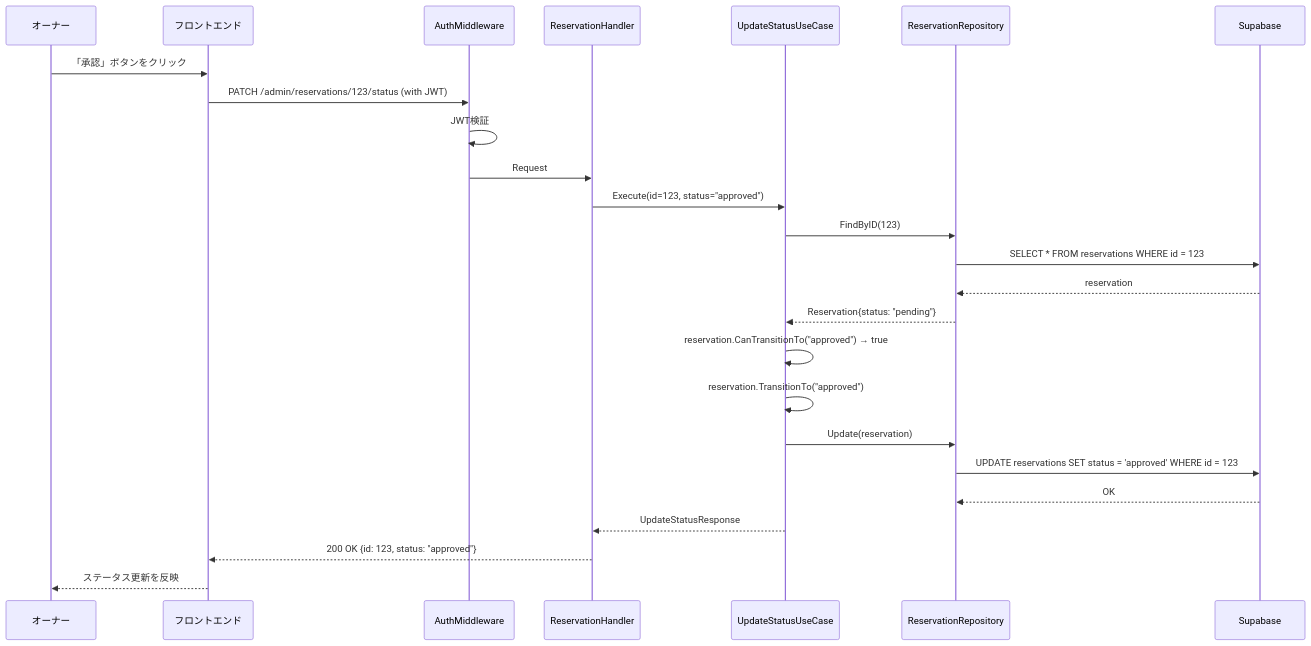
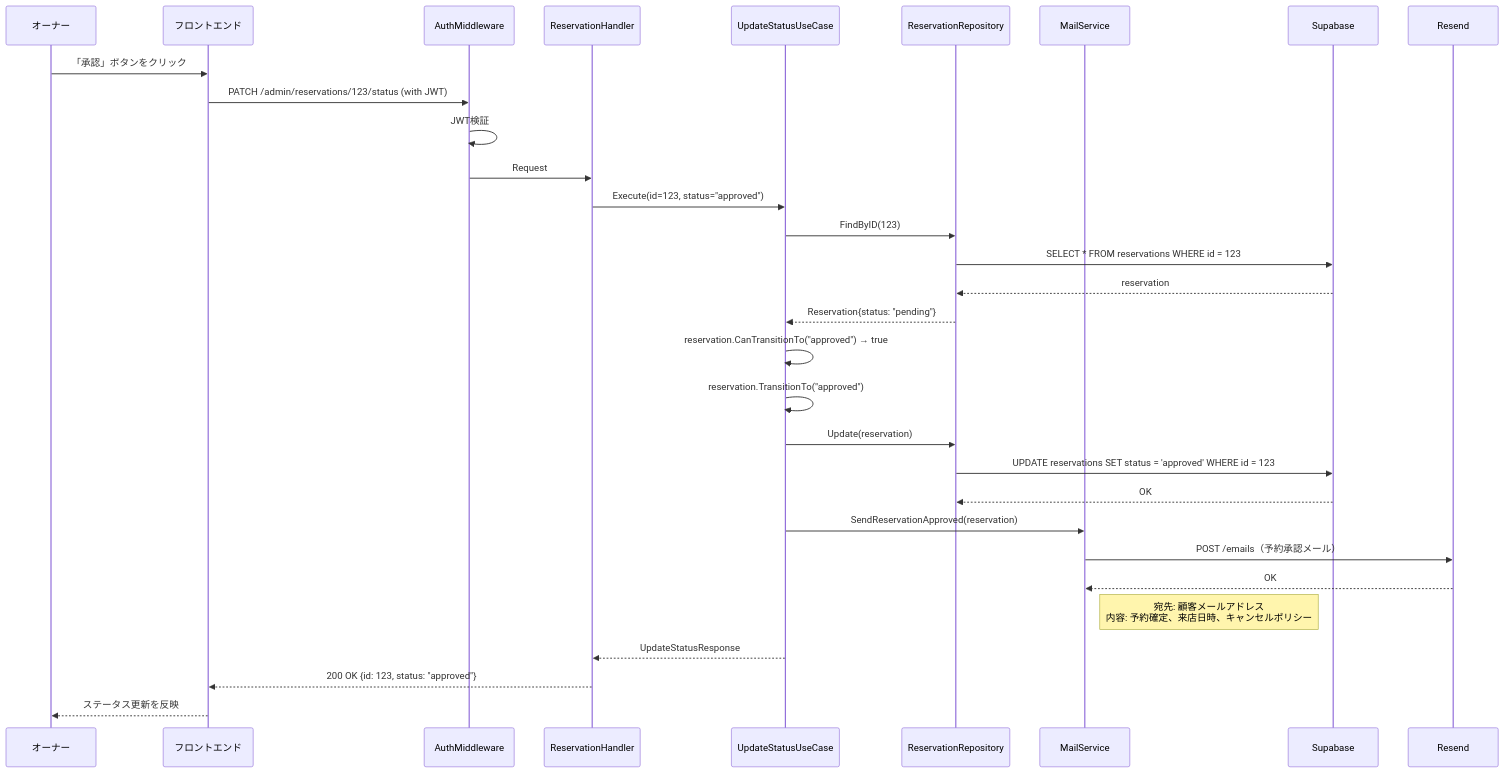
One commit to cergijame101007/satehits changed the sixth of 14 diagrams in docs/sequence.md. Above: the diagram before and after it, drawn with Mermaid. The commit also changed other lines of this file and 43 other files, not shown here.

````diff
--- a/docs/sequence.md
+++ b/docs/sequence.md
@@ -173,34 +180,41 @@
 ```mermaid
 sequenceDiagram
     participant Owner as オーナー
     participant Frontend as フロントエンド
     participant Middleware as AuthMiddleware
     participant Handler as ReservationHandler
     participant UseCase as UpdateStatusUseCase
     participant ReservationRepo as ReservationRepository
+    participant MailService as MailService
     participant DB as Supabase
+    participant Resend as Resend
 
     Owner->>Frontend: 「承認」ボタンをクリック
     Frontend->>Middleware: PATCH /admin/reservations/123/status (with JWT)
     
     Middleware->>Middleware: JWT検証
     Middleware->>Handler: Request
     
     Handler->>UseCase: Execute(id=123, status="approved")
     
     UseCase->>ReservationRepo: FindByID(123)
     ReservationRepo->>DB: SELECT * FROM reservations WHERE id = 123
     DB-->>ReservationRepo: reservation
     ReservationRepo-->>UseCase: Reservation{status: "pending"}
     
     UseCase->>UseCase: reservation.CanTransitionTo("approved") → true
     UseCase->>UseCase: reservation.TransitionTo("approved")
     
     UseCase->>ReservationRepo: Update(reservation)
     ReservationRepo->>DB: UPDATE reservations SET status = 'approved' WHERE id = 123
     DB-->>ReservationRepo: OK
     
+    UseCase->>MailService: SendReservationApproved(reservation)
+    MailService->>Resend: POST /emails（予約承認メール）
+    Resend-->>MailService: OK
+    Note right of MailService: 宛先: 顧客メールアドレス<br>内容: 予約確定、来店日時、キャンセルポリシー
+    
     UseCase-->>Handler: UpdateStatusResponse
     Handler-->>Frontend: 200 OK {id: 123, status: "approved"}
     Frontend-->>Owner: ステータス更新を反映
 ```
````
